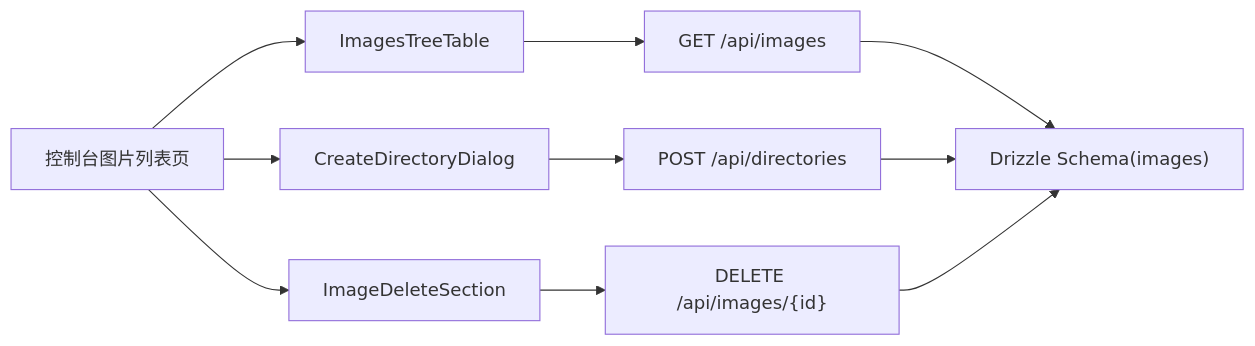
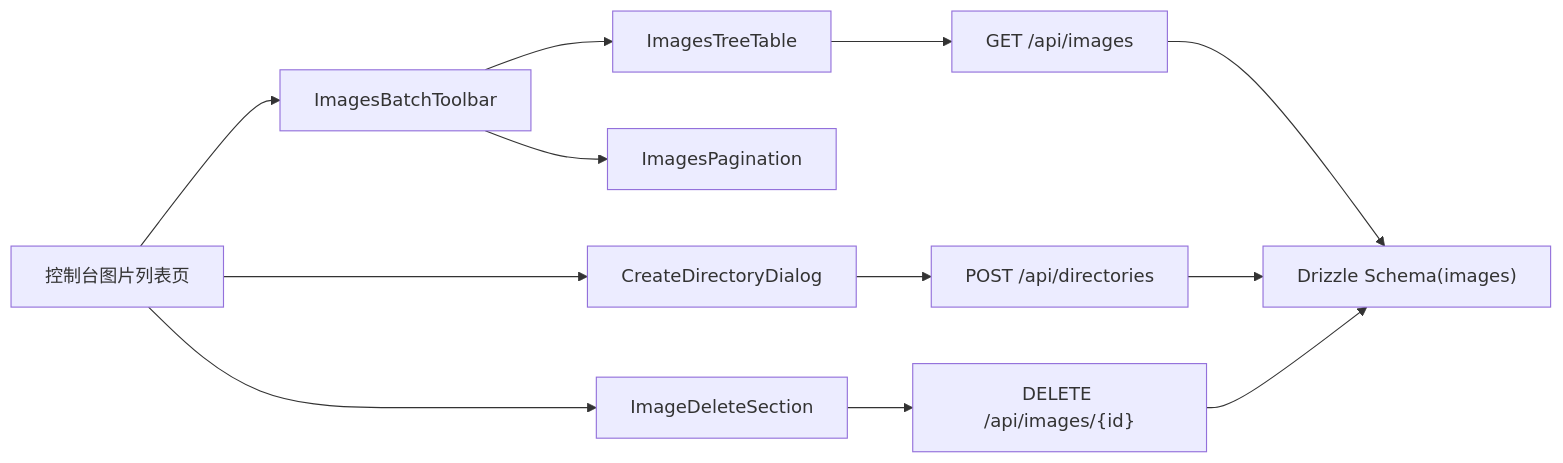
Before and after one commit to pnnh/weable: the seventh of 7 diagrams in .qoder/repowiki/zh/content/前端组件/图片树形表格组件.md, drawn with Mermaid. The commit also changed other lines of this file and 154 other files, not shown here.

````diff
--- a/.qoder/repowiki/zh/content/前端组件/图片树形表格组件.md
+++ b/.qoder/repowiki/zh/content/前端组件/图片树形表格组件.md
@@ -340,12 +359,14 @@
 ```mermaid
 graph LR
-Page["控制台图片列表页"] --> Tree["ImagesTreeTable"]
+Page["控制台图片列表页"] --> Toolbar["ImagesBatchToolbar"]
+Toolbar --> Tree["ImagesTreeTable"]
+Toolbar --> Pagination["ImagesPagination"]
 Page --> Dialog["CreateDirectoryDialog"]
 Page --> Delete["ImageDeleteSection"]
 Tree --> API1["GET /api/images"]
 Dialog --> API2["POST /api/directories"]
 Delete --> API3["DELETE /api/images/{id}"]
 API1 --> Schema["Drizzle Schema(images)"]
 API2 --> Schema
 API3 --> Schema
 ```
````
